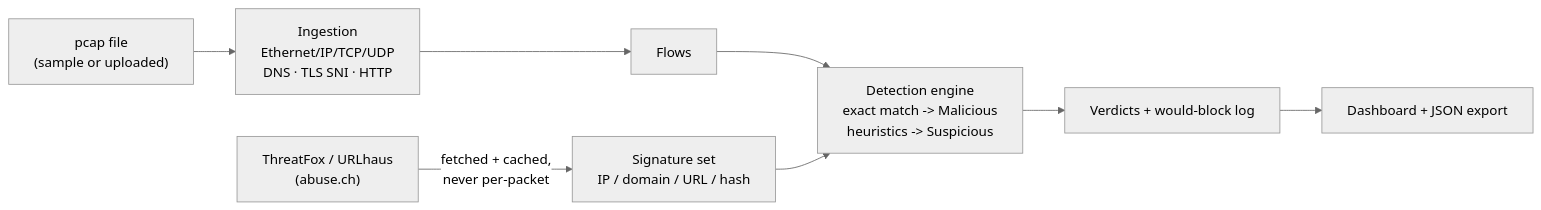
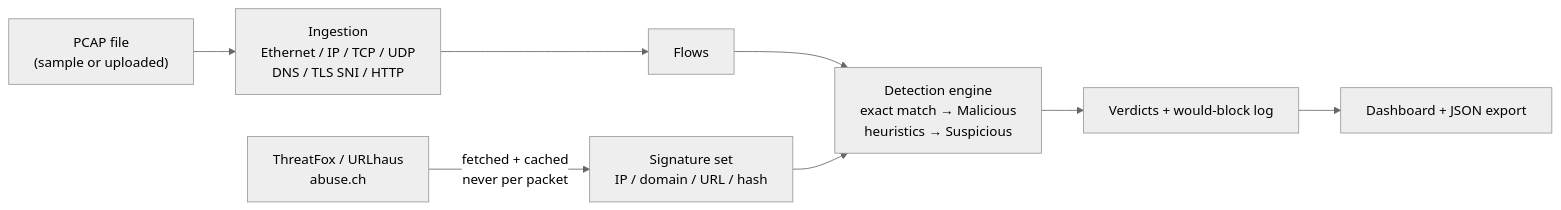
One commit to thecoderr13/Signature-Based-Traffic-Detection-Engine changed the diagram in README.md. Above: the diagram before and after it, drawn with Mermaid (neutral theme). The commit also changed other lines of this file, not shown here.

````diff
--- a/README.md
+++ b/README.md
@@ -13,10 +13,10 @@
 ```mermaid
 flowchart LR
-    A["pcap file\n(sample or uploaded)"] --> B["Ingestion\nEthernet/IP/TCP/UDP\nDNS · TLS SNI · HTTP"]
-    C["ThreatFox / URLhaus\n(abuse.ch)"] -->|"fetched + cached,\nnever per-packet"| D["Signature set\nIP / domain / URL / hash"]
+    A["PCAP file<br/>(sample or uploaded)"] --> B["Ingestion<br/>Ethernet / IP / TCP / UDP<br/>DNS / TLS SNI / HTTP"]
+    C["ThreatFox / URLhaus<br/>abuse.ch"] -->|"fetched + cached<br/>never per packet"| D["Signature set<br/>IP / domain / URL / hash"]
     B --> E["Flows"]
-    E --> F["Detection engine\nexact match -> Malicious\nheuristics -> Suspicious"]
+    E --> F["Detection engine<br/>exact match → Malicious<br/>heuristics → Suspicious"]
     D --> F
     F --> G["Verdicts + would-block log"]
     G --> H["Dashboard + JSON export"]
 ```
````
